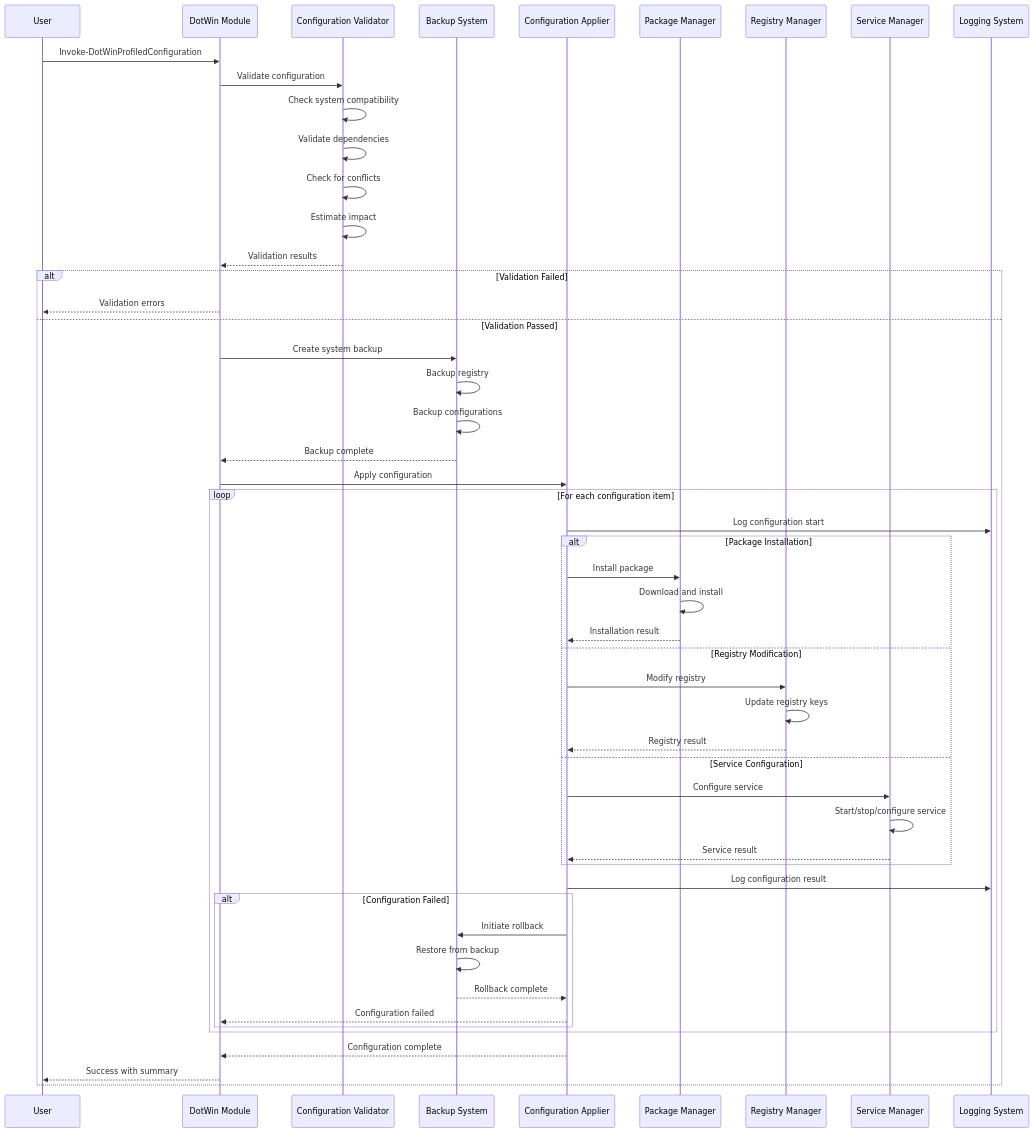
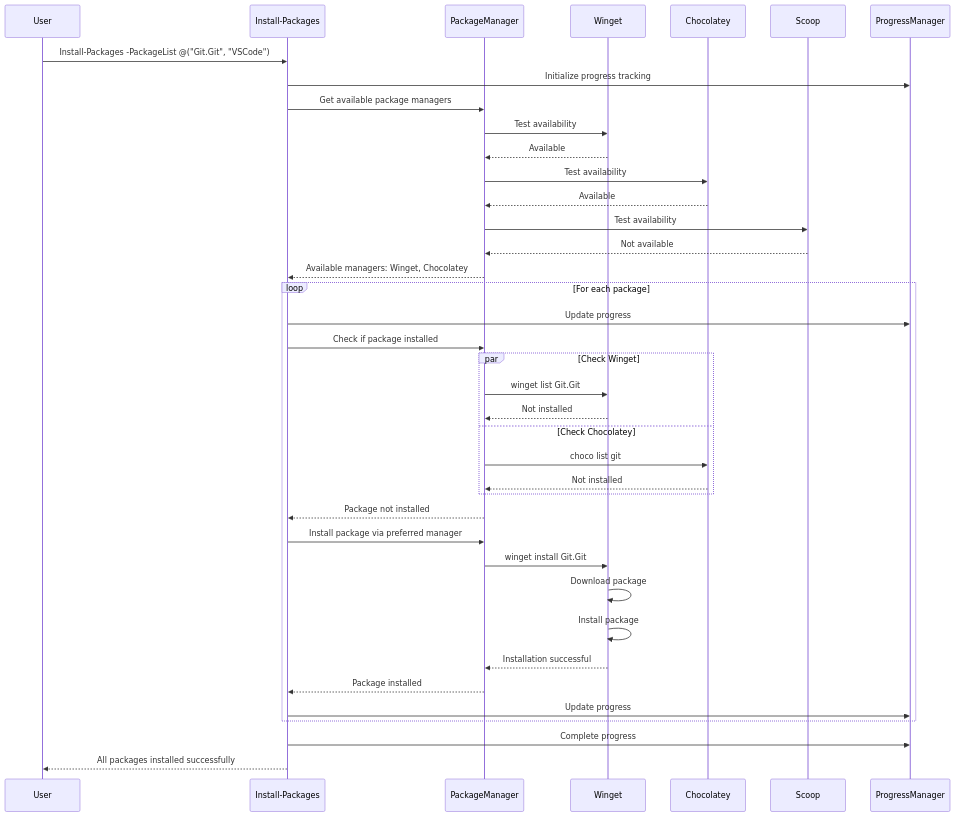
Before and after one commit to albedosehen/dot-win: the fifth of 16 diagrams in docs/SequenceDiagrams.md, drawn with Mermaid. The commit also changed other lines of this file and 69 other files, not shown here.

Commit message:
Bridge DotWin configuration management and config files

````diff
--- a/docs/SequenceDiagrams.md
+++ b/docs/SequenceDiagrams.md
@@ -171,62 +206,49 @@
 ```mermaid
 sequenceDiagram
     participant User
-    participant DotWin as DotWin Module
-    participant CV as Configuration Validator
-    participant Backup as Backup System
-    participant CA as Configuration Applier
-    participant PM as Package Manager
-    participant RM as Registry Manager
-    participant SM as Service Manager
-    participant Logger as Logging System
+    participant IP as Install-Packages
+    participant PM as PackageManager
+    participant Winget
+    participant Chocolatey
+    participant Scoop
+    participant Progress as ProgressManager
+
+    User->>IP: Install-Packages -PackageList @("Git.Git", "VSCode")
+    IP->>Progress: Initialize progress tracking
+    IP->>PM: Get available package managers
     
-    User->>DotWin: Invoke-DotWinProfiledConfiguration
-    DotWin->>CV: Validate configuration
+    PM->>Winget: Test availability
+    Winget-->>PM: Available
+    PM->>Chocolatey: Test availability
+    Chocolatey-->>PM: Available
+    PM->>Scoop: Test availability
+    Scoop-->>PM: Not available
+    PM-->>IP: Available managers: Winget, Chocolatey
     
-    CV->>CV: Check system compatibility
-    CV->>CV: Validate dependencies
-    CV->>CV: Check for conflicts
-    CV->>CV: Estimate impact
-    CV-->>DotWin: Validation results
-    
-    alt Validation Failed
-        DotWin-->>User: Validation errors
-    else Validation Passed
-        DotWin->>Backup: Create system backup
-        Backup->>Backup: Backup registry
-        Backup->>Backup: Backup configurations
-        Backup-->>DotWin: Backup complete
+    loop For each package
+        IP->>Progress: Update progress
+        IP->>PM: Check if package installed
         
-        DotWin->>CA: Apply configuration
-        
-        loop For each configuration item
-            CA->>Logger: Log configuration start
-            
-            alt Package Installation
-                CA->>PM: Install package
-                PM->>PM: Download and install
-                PM-->>CA: Installation result
-            else Registry Modification
-                CA->>RM: Modify registry
-                RM->>RM: Update registry keys
-                RM-->>CA: Registry result
-            else Service Configuration
-                CA->>SM: Configure service
-                SM->>SM: Start/stop/configure service
-                SM-->>CA: Service result
-            end
-            
-            CA->>Logger: Log configuration result
-            
-            alt Configuration Failed
-                CA->>Backup: Initiate rollback
-                Backup->>Backup: Restore from backup
-                Backup-->>CA: Rollback complete
-                CA-->>DotWin: Configuration failed
-            end
+        par Check Winget
+            PM->>Winget: winget list Git.Git
+            Winget-->>PM: Not installed
+        and Check Chocolatey
+            PM->>Chocolatey: choco list git
+            Chocolatey-->>PM: Not installed
         end
         
-        CA-->>DotWin: Configuration complete
-        DotWin-->>User: Success with summary
+        PM-->>IP: Package not installed
+
+        IP->>PM: Install package via preferred manager
+        PM->>Winget: winget install Git.Git
+        Winget->>Winget: Download package
+        Winget->>Winget: Install package
+        Winget-->>PM: Installation successful
+        PM-->>IP: Package installed
+
+        IP->>Progress: Update progress
     end
+
+    IP->>Progress: Complete progress
+    IP-->>User: All packages installed successfully
 ```
````
